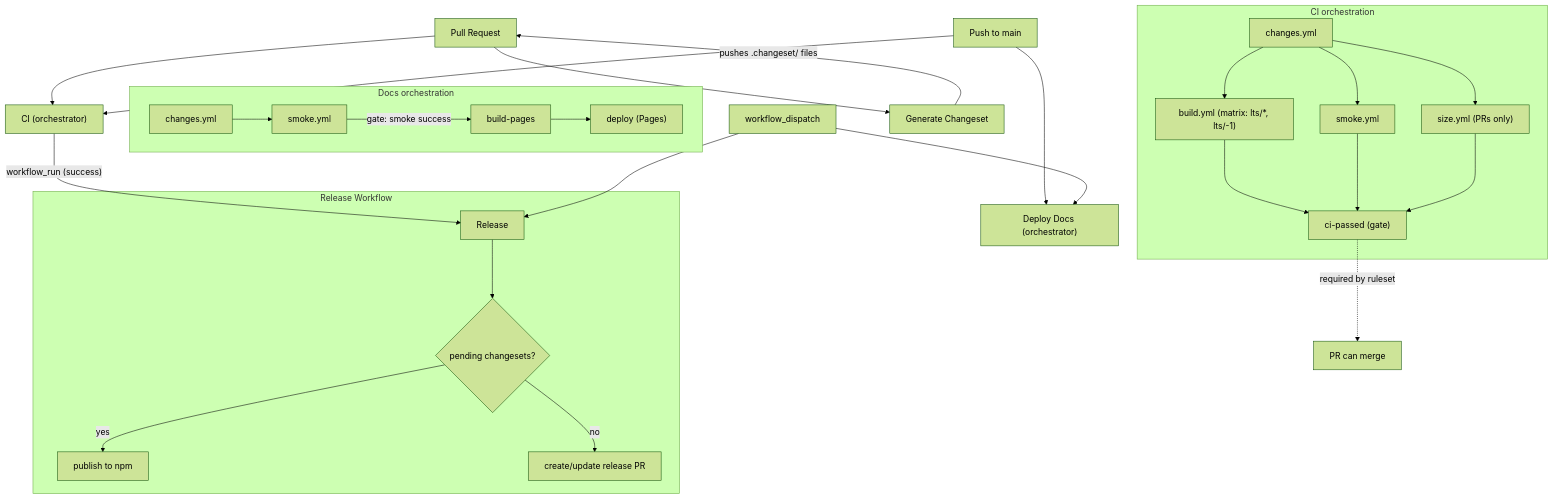
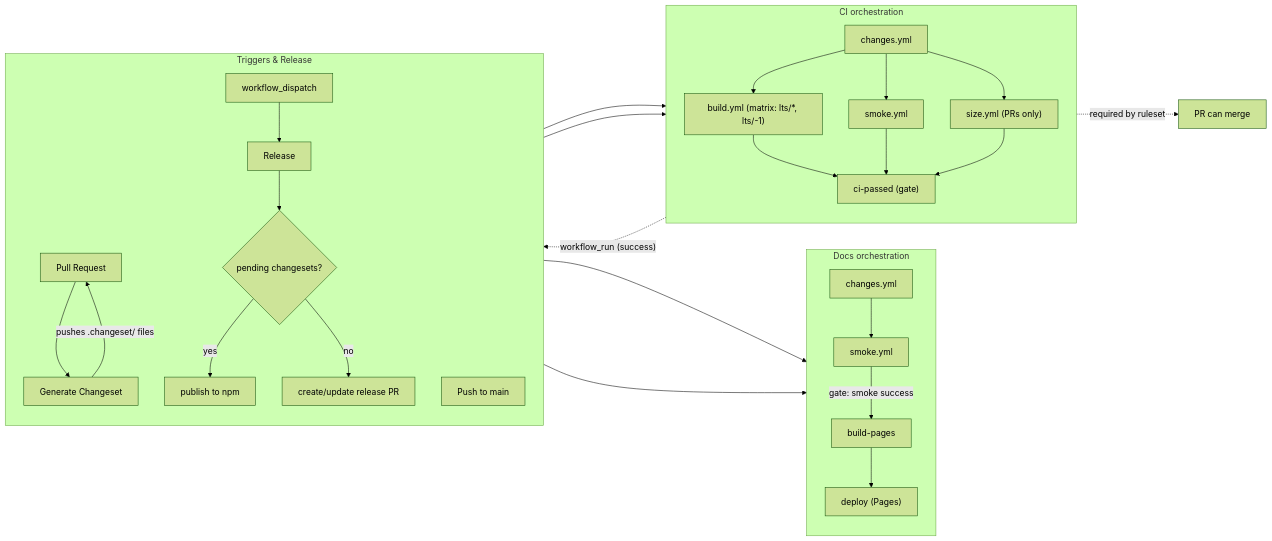
Before and after one commit to thejustinwalsh/three-flatland: the first of 2 diagrams in .github/workflows/README.md, drawn with Mermaid (forest theme).

Commit message:
docs(ci): switch flow graph to LR with vertical subgraphs
Top-level orientation is now LR so subgraphs sit side-by-side:
Docs orchestration (left, vertical) → CI orchestration (middle,
vertical) → Triggers & Release (right, vertical).

Each subgraph uses direction TB so internal pipelines read top-down
within their column.

````diff
--- a/.github/workflows/README.md
+++ b/.github/workflows/README.md
@@ -5,41 +5,45 @@
 ```mermaid
-graph TD
-    PR["Pull Request"] --> CI["CI (orchestrator)"]
-    PR --> Changeset["Generate Changeset"]
-    Changeset -->|"pushes .changeset/ files"| PR
-
-    Push["Push to main"] --> CI
-    Push --> Docs["Deploy Docs (orchestrator)"]
-
-    CI -->|"workflow_run (success)"| Release["Release"]
-    Manual["workflow_dispatch"] --> Release
-    Manual --> Docs
+graph LR
+    subgraph DocsOrch ["Docs orchestration"]
+        direction TB
+        DocsChanges["changes.yml"]
+        DocsChanges --> DocsSmoke["smoke.yml"]
+        DocsSmoke -->|"gate: smoke success"| BuildPages["build-pages"]
+        BuildPages --> DocsDeploy["deploy (Pages)"]
+    end
 
     subgraph CIOrch ["CI orchestration"]
+        direction TB
         CIChanges["changes.yml"]
         CIChanges --> CIBuild["build.yml (matrix: lts/*, lts/-1)"]
         CIChanges --> CISmoke["smoke.yml"]
         CIChanges --> CISize["size.yml (PRs only)"]
         CIBuild --> Gate["ci-passed (gate)"]
         CISmoke --> Gate
         CISize --> Gate
     end
 
-    Gate -.->|"required by ruleset"| Merge["PR can merge"]
+    subgraph TriggersRelease ["Triggers & Release"]
+        direction TB
+        PR["Pull Request"]
+        Push["Push to main"]
+        Manual["workflow_dispatch"]
+        Changeset["Generate Changeset"]
+        Changeset -->|"pushes .changeset/ files"| PR
 
-    subgraph DocsOrch ["Docs orchestration"]
-        DocsChanges["changes.yml"]
-        DocsChanges --> DocsSmoke["smoke.yml"]
-        DocsSmoke -->|"gate: smoke success"| BuildPages["build-pages"]
-        BuildPages --> DocsDeploy["deploy (Pages)"]
-    end
-
-    subgraph ReleaseFlow ["Release Workflow"]
+        Release["Release"]
         Release --> Changesets{"pending changesets?"}
         Changesets -->|yes| Publish["publish to npm"]
         Changesets -->|no| ReleasePR["create/update release PR"]
     end
 
-    CIOrch ~~~ DocsOrch
-    DocsOrch ~~~ ReleaseFlow
+    PR --> CIChanges
+    PR --> Changeset
+    Push --> CIChanges
+    Push --> DocsChanges
+    Manual --> Release
+    Manual --> DocsChanges
+
+    Gate -.->|"workflow_run (success)"| Release
+    Gate -.->|"required by ruleset"| Merge["PR can merge"]
 ```
````
